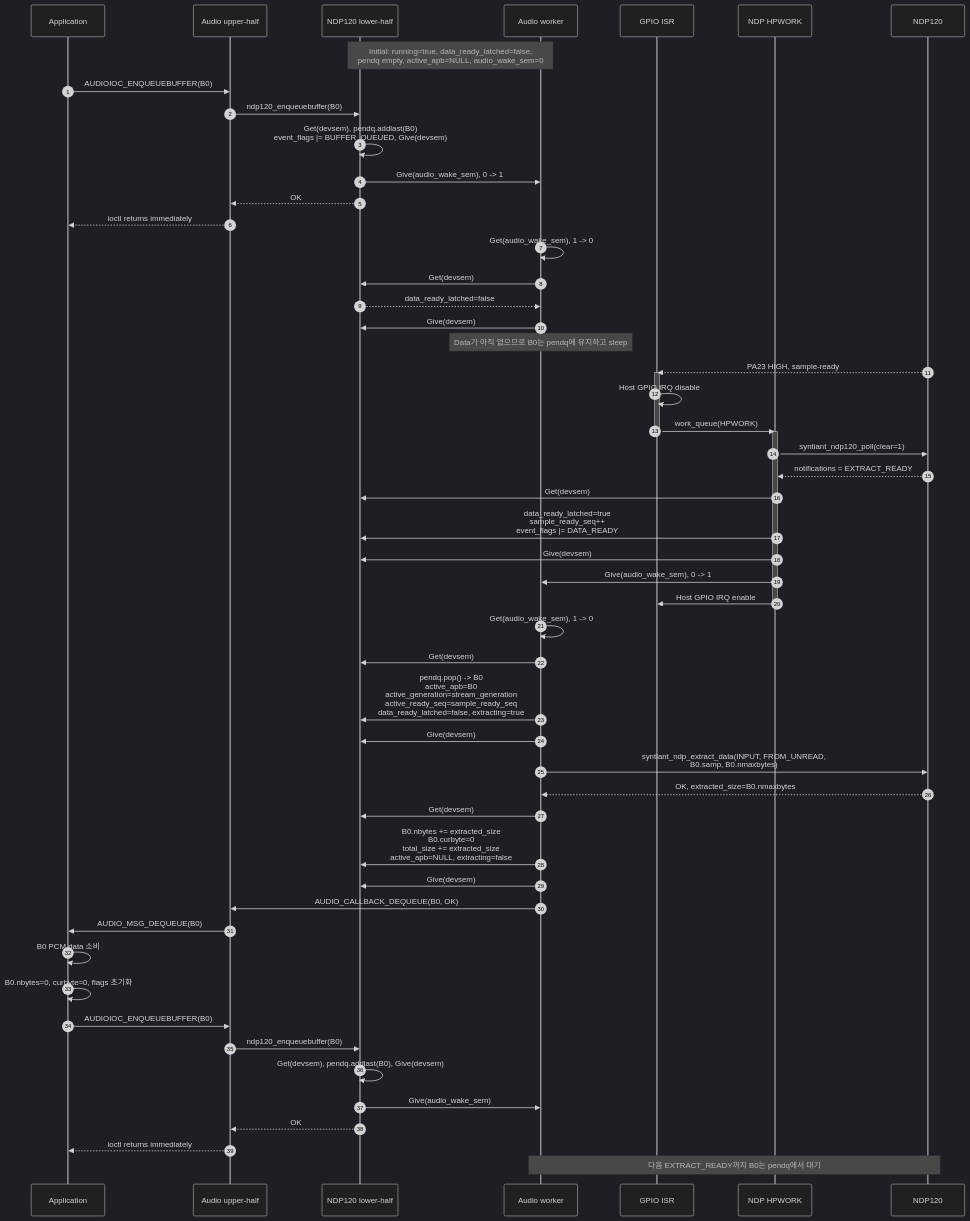
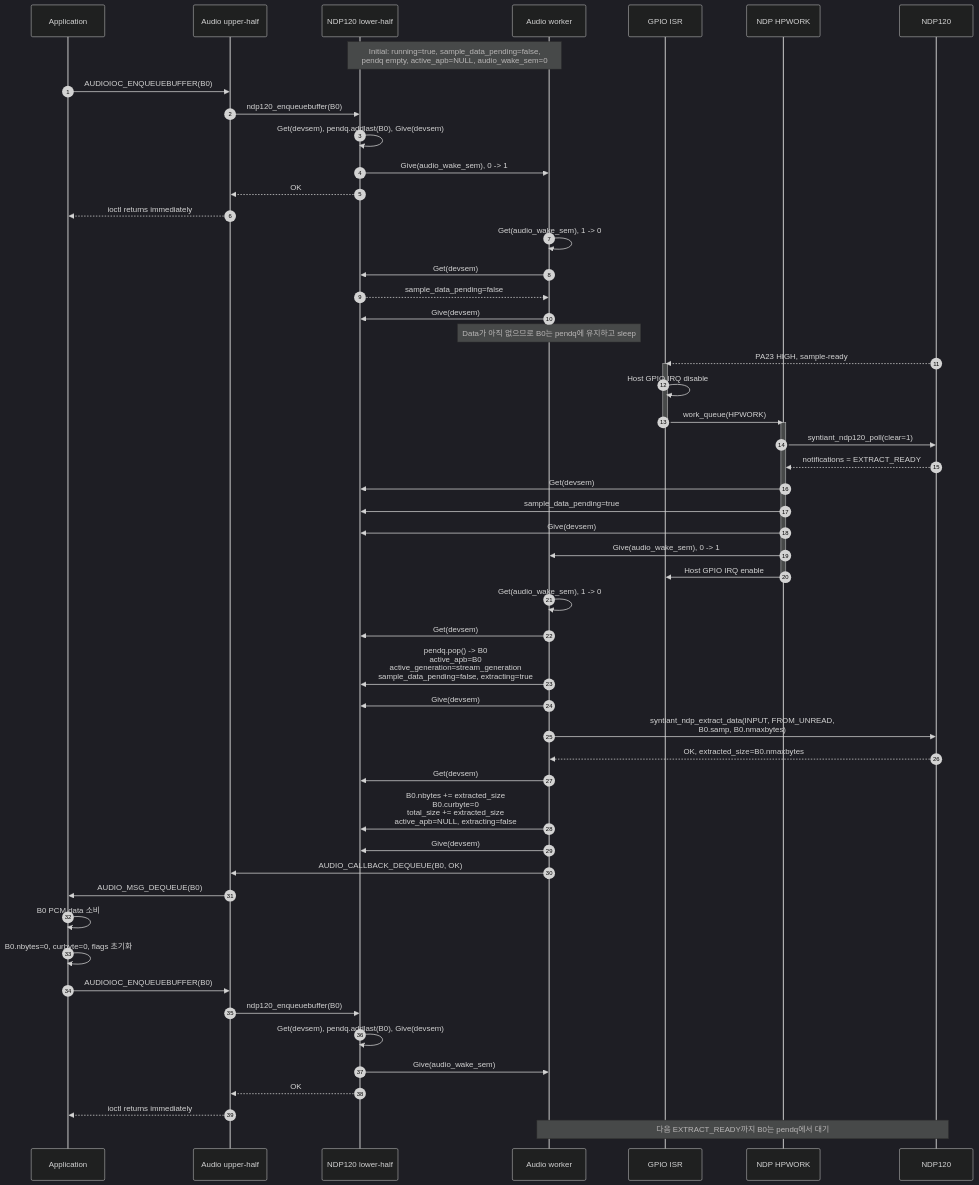
The third of 3 diagrams in docs/NDP120AsyncAudioDesign.md (gidori98/TizenRT), drawn with Mermaid (dark theme) before and after one commit. The commit also changed other lines of this file and 2 other files, not shown here.

````diff
--- a/docs/NDP120AsyncAudioDesign.md
+++ b/docs/NDP120AsyncAudioDesign.md
@@ -338,66 +331,66 @@
 ```mermaid
 sequenceDiagram
     autonumber
     participant App as Application
     participant Upper as Audio upper-half
     participant Lower as NDP120 lower-half
     participant AWorker as Audio worker
     participant GPIO as GPIO ISR
     participant HP as NDP HPWORK
     participant NDP as NDP120
 
-    Note over Lower,AWorker: Initial: running=true, data_ready_latched=false,<br/>pendq empty, active_apb=NULL, audio_wake_sem=0
+    Note over Lower,AWorker: Initial: running=true, sample_data_pending=false,<br/>pendq empty, active_apb=NULL, audio_wake_sem=0
 
     App->>Upper: AUDIOIOC_ENQUEUEBUFFER(B0)
     Upper->>Lower: ndp120_enqueuebuffer(B0)
-    Lower->>Lower: Get(devsem), pendq.addlast(B0)<br/>event_flags |= BUFFER_QUEUED, Give(devsem)
+    Lower->>Lower: Get(devsem), pendq.addlast(B0), Give(devsem)
     Lower->>AWorker: Give(audio_wake_sem), 0 -> 1
     Lower-->>Upper: OK
     Upper-->>App: ioctl returns immediately
 
     AWorker->>AWorker: Get(audio_wake_sem), 1 -> 0
     AWorker->>Lower: Get(devsem)
-    Lower-->>AWorker: data_ready_latched=false
+    Lower-->>AWorker: sample_data_pending=false
     AWorker->>Lower: Give(devsem)
     Note over AWorker: Data가 아직 없으므로 B0는 pendq에 유지하고 sleep
 
     NDP-->>GPIO: PA23 HIGH, sample-ready
     activate GPIO
     GPIO->>GPIO: Host GPIO IRQ disable
     GPIO->>HP: work_queue(HPWORK)
     deactivate GPIO
 
     activate HP
     HP->>NDP: syntiant_ndp120_poll(clear=1)
     NDP-->>HP: notifications = EXTRACT_READY
     HP->>Lower: Get(devsem)
-    HP->>Lower: data_ready_latched=true<br/>sample_ready_seq++<br/>event_flags |= DATA_READY
+    HP->>Lower: sample_data_pending=true
     HP->>Lower: Give(devsem)
     HP->>AWorker: Give(audio_wake_sem), 0 -> 1
     HP->>GPIO: Host GPIO IRQ enable
     deactivate HP
 
     AWorker->>AWorker: Get(audio_wake_sem), 1 -> 0
     AWorker->>Lower: Get(devsem)
-    AWorker->>Lower: pendq.pop() -> B0<br/>active_apb=B0<br/>active_generation=stream_generation<br/>active_ready_seq=sample_ready_seq<br/>data_ready_latched=false, extracting=true
+    AWorker->>Lower: pendq.pop() -> B0<br/>active_apb=B0<br/>active_generation=stream_generation<br/>sample_data_pending=false, extracting=true
     AWorker->>Lower: Give(devsem)
 
     AWorker->>NDP: syntiant_ndp_extract_data(INPUT, FROM_UNREAD,<br/>B0.samp, B0.nmaxbytes)
     NDP-->>AWorker: OK, extracted_size=B0.nmaxbytes
 
     AWorker->>Lower: Get(devsem)
     AWorker->>Lower: B0.nbytes += extracted_size<br/>B0.curbyte=0<br/>total_size += extracted_size<br/>active_apb=NULL, extracting=false
     AWorker->>Lower: Give(devsem)
     AWorker->>Upper: AUDIO_CALLBACK_DEQUEUE(B0, OK)
     Upper->>App: AUDIO_MSG_DEQUEUE(B0)
 
     App->>App: B0 PCM data 소비
     App->>App: B0.nbytes=0, curbyte=0, flags 초기화
     App->>Upper: AUDIOIOC_ENQUEUEBUFFER(B0)
     Upper->>Lower: ndp120_enqueuebuffer(B0)
     Lower->>Lower: Get(devsem), pendq.addlast(B0), Give(devsem)
     Lower->>AWorker: Give(audio_wake_sem)
     Lower-->>Upper: OK
     Upper-->>App: ioctl returns immediately
     Note over AWorker,NDP: 다음 EXTRACT_READY까지 B0는 pendq에서 대기
 ```
````
